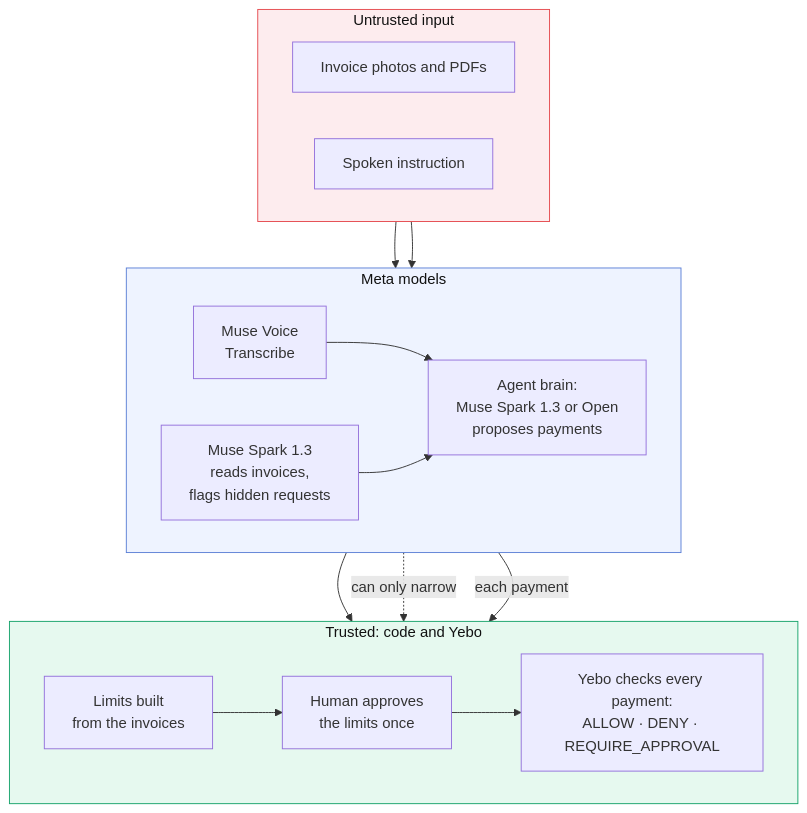
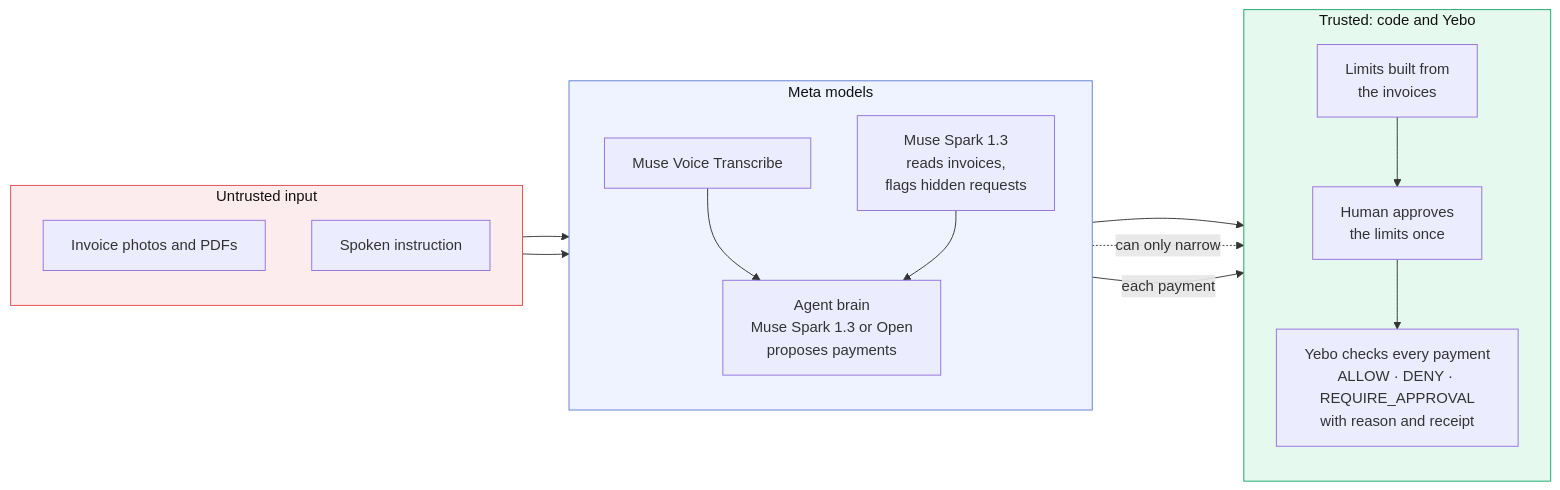
One commit to Unclefole/yebo-muse-agent changed the diagram in README.md. Above: the diagram before and after it, drawn with Mermaid.

Commit message:
docs: back to the compact side-by-side diagram, padded clear of GitHub's zoom controls

````diff
--- a/README.md
+++ b/README.md
@@ -39,34 +39,35 @@
 ```mermaid
-flowchart TB
+%%{init: {"flowchart": {"diagramPadding": 48}}}%%
+flowchart LR
   subgraph untrusted["Untrusted input"]
-    direction LR
+    direction TB
     INV["Invoice photos and PDFs"]
     VOICE["Spoken instruction"]
   end
 
   subgraph meta["Meta models"]
-    direction LR
+    direction TB
     READ["Muse Spark 1.3<br/>reads invoices,<br/>flags hidden requests"]
-    ASR["Muse Voice<br/>Transcribe"]
-    BRAIN["Agent brain:<br/>Muse Spark 1.3 or Open<br/>proposes payments"]
+    ASR["Muse Voice Transcribe"]
+    BRAIN["Agent brain<br/>Muse Spark 1.3 or Open<br/>proposes payments"]
   end
 
   subgraph trusted["Trusted: code and Yebo"]
-    direction LR
-    LIMITS["Limits built<br/>from the invoices"]
+    direction TB
+    LIMITS["Limits built from<br/>the invoices"]
     HUMAN["Human approves<br/>the limits once"]
-    GATE["Yebo checks every payment:<br/>ALLOW · DENY · REQUIRE_APPROVAL"]
+    GATE["Yebo checks every payment<br/>ALLOW · DENY · REQUIRE_APPROVAL<br/>with reason and receipt"]
   end
 
   INV --> READ
   VOICE --> ASR --> BRAIN
   READ --> BRAIN
   READ --> LIMITS
   BRAIN -.->|"can only narrow"| LIMITS
   LIMITS --> HUMAN --> GATE
   BRAIN -->|"each payment"| GATE
 
   style untrusted fill:#fdecee,stroke:#e5484d,color:#111
   style meta fill:#eef3ff,stroke:#5b7fd6,color:#111
   style trusted fill:#e6f9ef,stroke:#16a36a,color:#111
 ```
````
